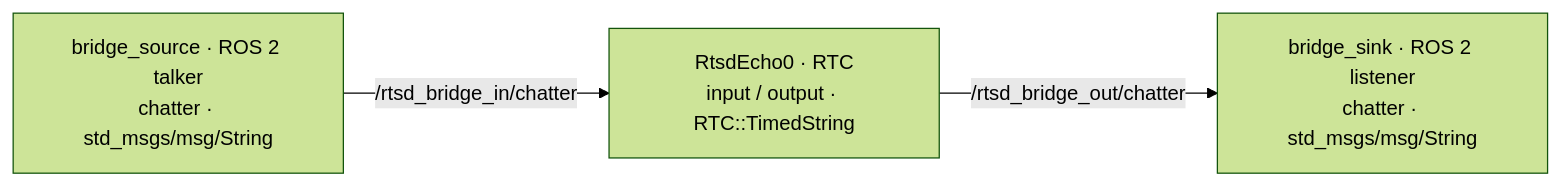
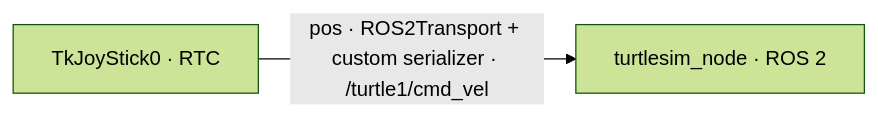
Before and after one commit to Nobu19800/RTC-Agent-Tools: the diagram in docs/en/rtc-ros2.md, drawn with Mermaid (forest theme). The commit also changed other lines of this file and 44 other files, not shown here.

````diff
--- a/docs/en/rtc-ros2.md
+++ b/docs/en/rtc-ros2.md
@@ -24,8 +7,6 @@
 ```mermaid
 flowchart LR
-    talker["bridge_source · ROS 2 talker<br/>chatter · std_msgs/msg/String"]
-    echo["RtsdEcho0 · RTC<br/>input / output · RTC::TimedString"]
-    listener["bridge_sink · ROS 2 listener<br/>chatter · std_msgs/msg/String"]
-    talker -->|"/rtsd_bridge_in/chatter"| echo
-    echo -->|"/rtsd_bridge_out/chatter"| listener
+    joy["TkJoyStick0 · RTC"]
+    sim["turtlesim_node · ROS 2"]
+    joy -->|"pos · ROS2Transport + custom serializer · /turtle1/cmd_vel"| sim
 ```
````
